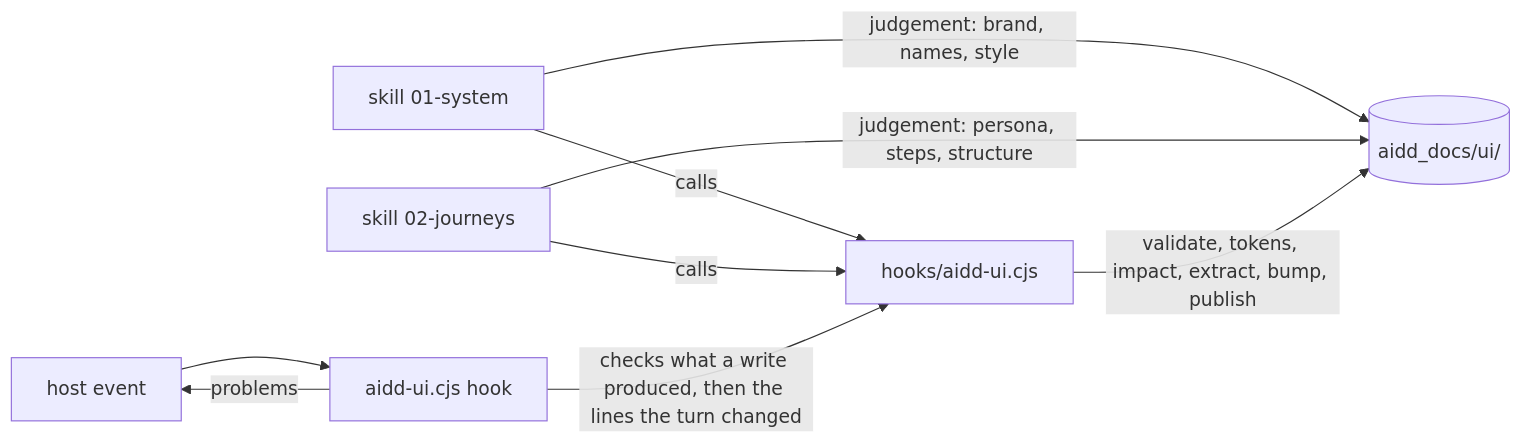
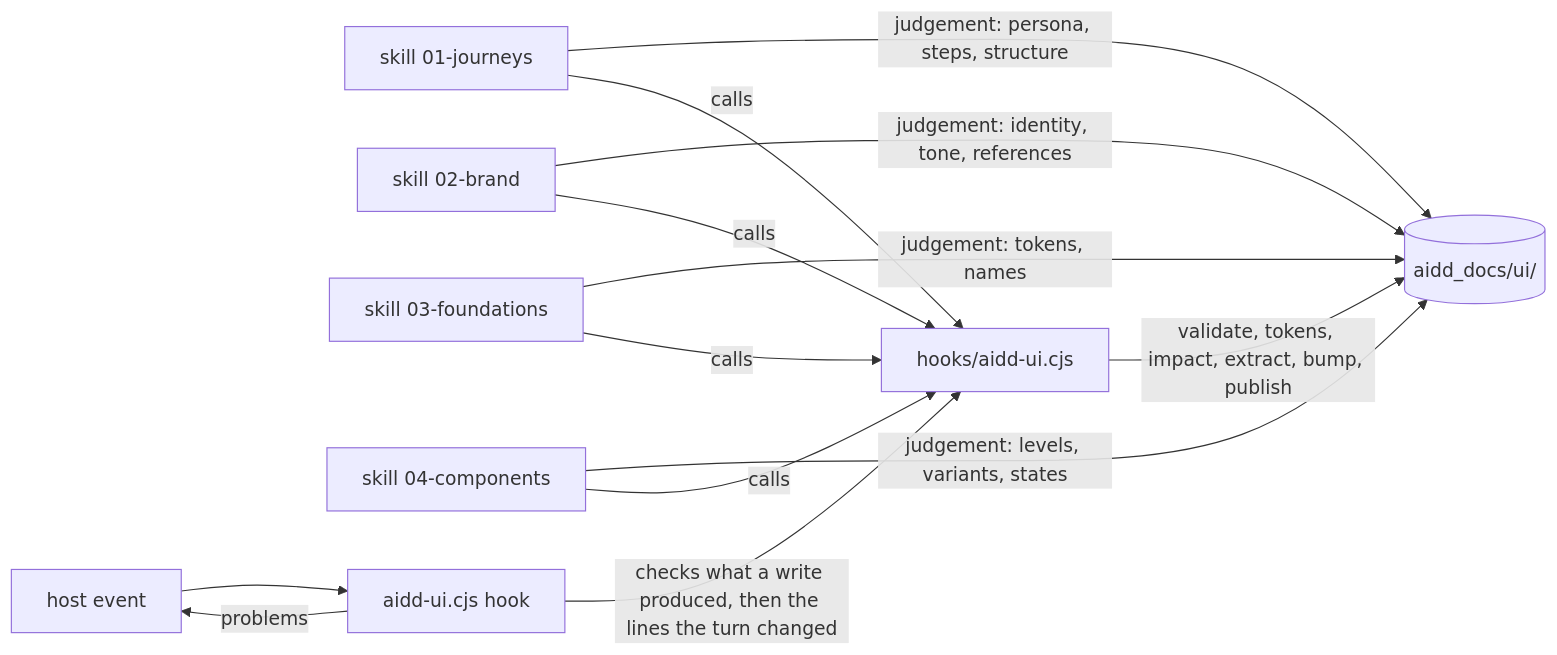
Before and after one commit to ai-driven-dev/framework: the diagram in plugins/aidd-ui/README.md, drawn with Mermaid. The commit also changed other lines of this file and 45 other files, not shown here.

First line of the commit message:
feat(aidd-ui): split the system skill into brand, foundations and components

````diff
--- a/plugins/aidd-ui/README.md
+++ b/plugins/aidd-ui/README.md
@@ -20,11 +20,15 @@
 ```mermaid
 flowchart LR
-  Skill["skill 01-system"] -->|"judgement: brand, names, style"| Docs[("aidd_docs/ui/")]
-  Journeys["skill 02-journeys"] -->|"judgement: persona, steps, structure"| Docs
-  Skill -->|"calls"| Engine["hooks/aidd-ui.cjs"]
-  Journeys -->|"calls"| Engine
+  Journeys["skill 01-journeys"] -->|"judgement: persona, steps, structure"| Docs[("aidd_docs/ui/")]
+  Brand["skill 02-brand"] -->|"judgement: identity, tone, references"| Docs
+  Foundations["skill 03-foundations"] -->|"judgement: tokens, names"| Docs
+  Components["skill 04-components"] -->|"judgement: levels, variants, states"| Docs
+  Journeys -->|"calls"| Engine["hooks/aidd-ui.cjs"]
+  Brand -->|"calls"| Engine
+  Foundations -->|"calls"| Engine
+  Components -->|"calls"| Engine
   Engine -->|"validate, tokens, impact, extract, bump, publish"| Docs
   Host["host event"] --> Hook["aidd-ui.cjs hook"]
   Hook -->|"checks what a write produced, then the lines the turn changed"| Engine
   Hook -->|"problems"| Host
 ```
````
